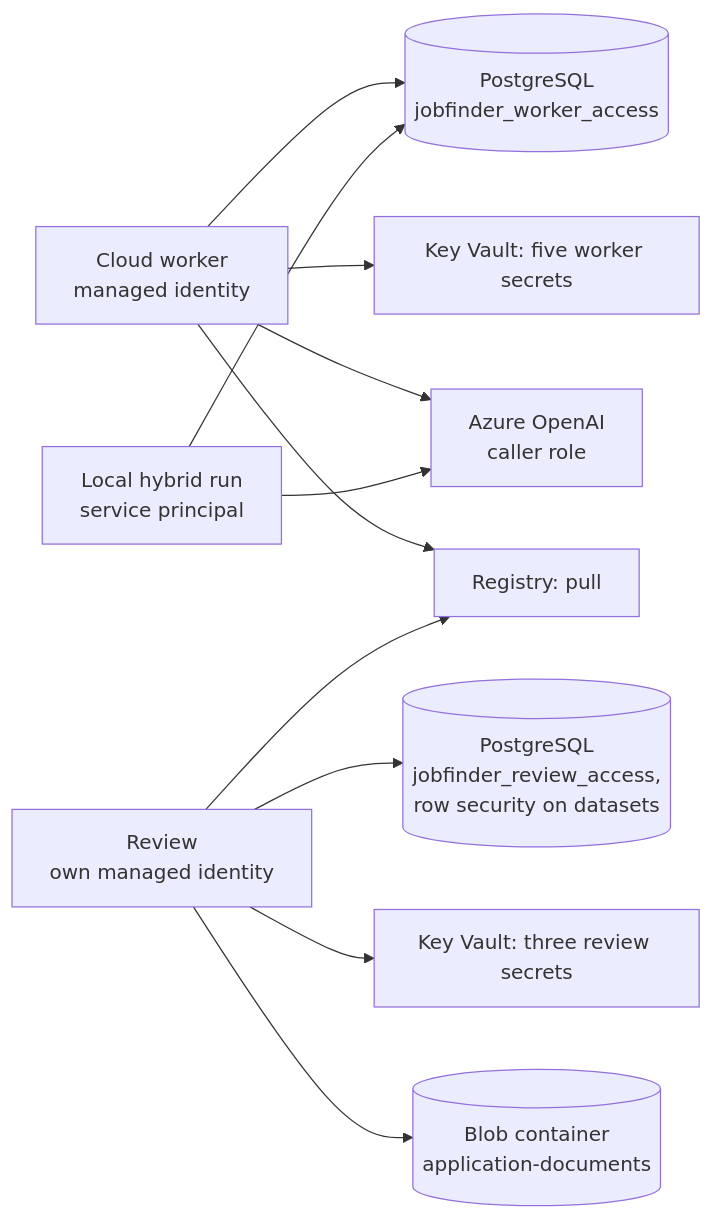
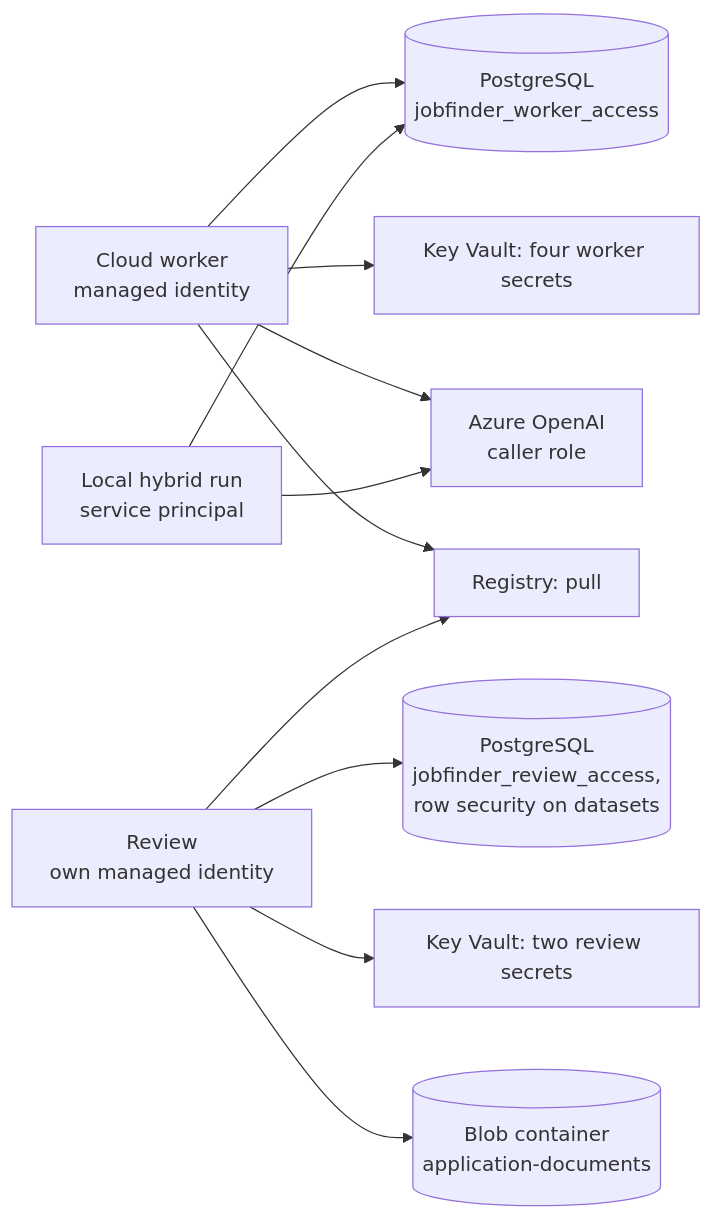
One commit to cheeezis/job_finder changed the diagram in docs/runtime-access.md. Above: the diagram before and after it, drawn with Mermaid. The commit also changed other lines of this file and 5 other files, not shown here.

````diff
--- a/docs/runtime-access.md
+++ b/docs/runtime-access.md
@@ -11,12 +9,12 @@
 ```mermaid
 flowchart LR
     worker[Cloud worker<br/>managed identity] --> db[(PostgreSQL<br/>jobfinder_worker_access)]
     hybrid[Local hybrid run<br/>service principal] --> db
     review[Review<br/>own managed identity] --> dbr[(PostgreSQL<br/>jobfinder_review_access,<br/>row security on datasets)]
-    worker --> kvw[Key Vault: five worker secrets]
-    review --> kvr[Key Vault: three review secrets]
+    worker --> kvw[Key Vault: four worker secrets]
+    review --> kvr[Key Vault: two review secrets]
     review --> blob[(Blob container<br/>application-documents)]
     worker --> model[Azure OpenAI<br/>caller role]
     hybrid --> model
     worker & review --> acr[Registry: pull]
 ```
````
